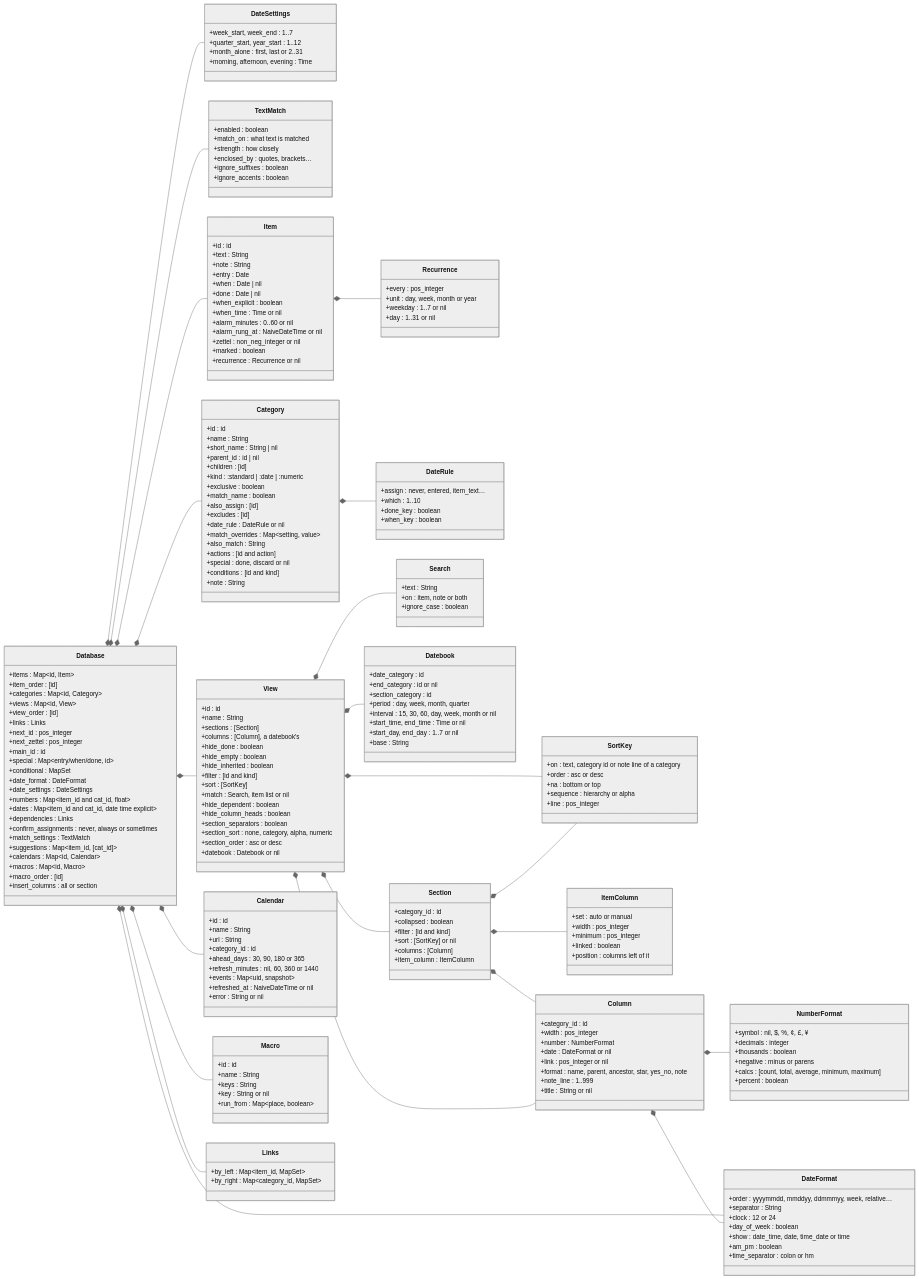
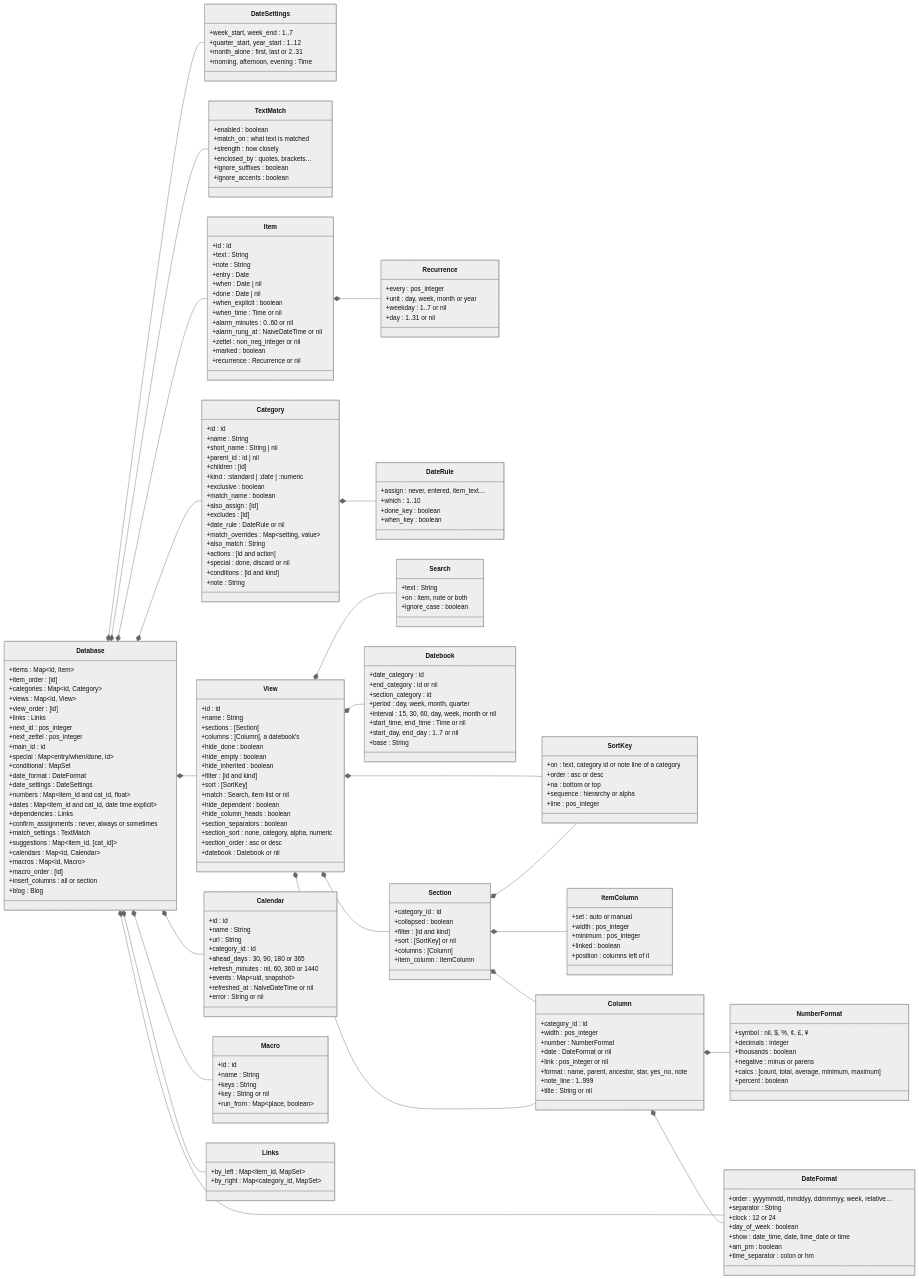
The second of 6 diagrams in docs/DATA_MODEL.md (jamting/agendum), drawn with Mermaid (neutral theme) before and after one commit. The commit also changed other lines of this file and 40 other files, not shown here.

```diff
--- a/docs/DATA_MODEL.md
+++ b/docs/DATA_MODEL.md
@@ -171,6 +172,7 @@
         +macros : Map~id, Macro~
         +macro_order : [id]
         +insert_columns : all or section
+        +blog : Blog
     }
     class DateFormat {
         +order : yyyymmdd, mmddyy, ddmmmyy, week, relative…
```
